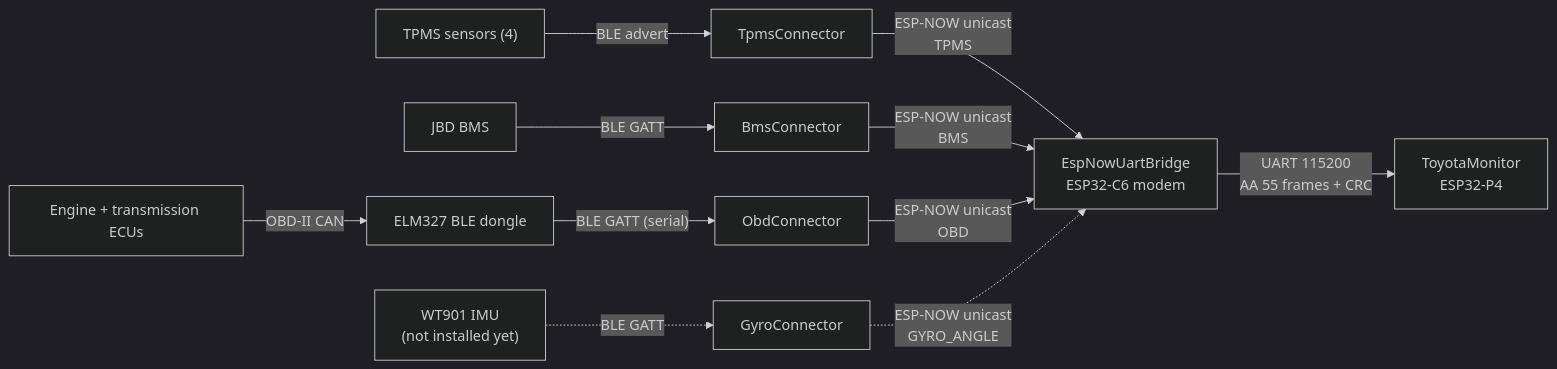
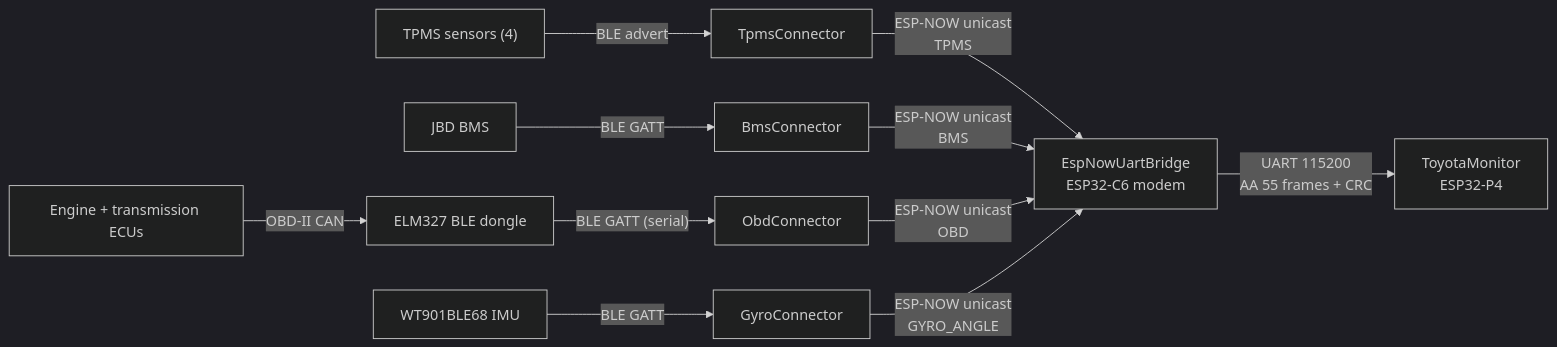
One commit to SzymonPobiega/esp32-car changed the diagram in TOYOTA.md. Above: the diagram before and after it, drawn with Mermaid (dark theme). The commit also changed other lines of this file and 4 other files, not shown here.

````diff
--- a/TOYOTA.md
+++ b/TOYOTA.md
@@ -9,13 +9,13 @@
 ```mermaid
 flowchart LR
   TPMS["TPMS sensors (4)"] -- "BLE advert" --> TC["TpmsConnector"]
   JBD["JBD BMS"] -- "BLE GATT" --> BC["BmsConnector"]
   ELM["ELM327 BLE dongle"] -- "BLE GATT (serial)" --> OC["ObdConnector"]
-  WT["WT901 IMU<br/>(not installed yet)"] -. "BLE GATT" .-> GC["GyroConnector"]
+  WT["WT901BLE68 IMU"] -- "BLE GATT" --> GC["GyroConnector"]
   ECU["Engine + transmission ECUs"] -- "OBD-II CAN" --> ELM
   TC -- "ESP-NOW unicast<br/>TPMS" --> C6["EspNowUartBridge<br/>ESP32-C6 modem"]
   BC -- "ESP-NOW unicast<br/>BMS" --> C6
   OC -- "ESP-NOW unicast<br/>OBD" --> C6
-  GC -. "ESP-NOW unicast<br/>GYRO_ANGLE" .-> C6
+  GC -- "ESP-NOW unicast<br/>GYRO_ANGLE" --> C6
   C6 -- "UART 115200<br/>AA 55 frames + CRC" --> P4["ToyotaMonitor<br/>ESP32-P4"]
 ```
````
